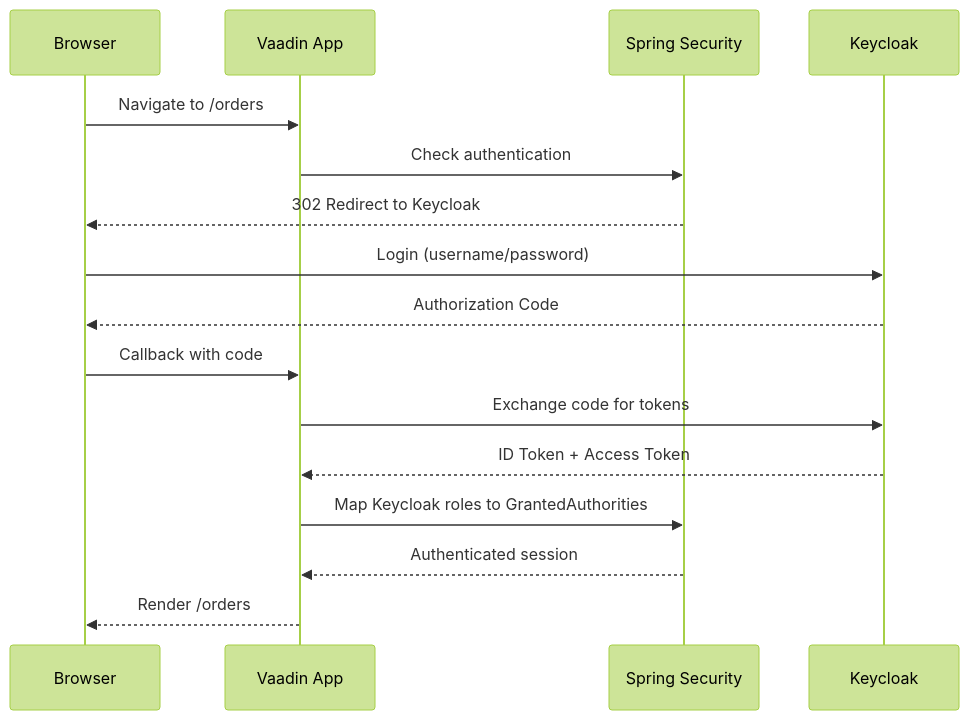
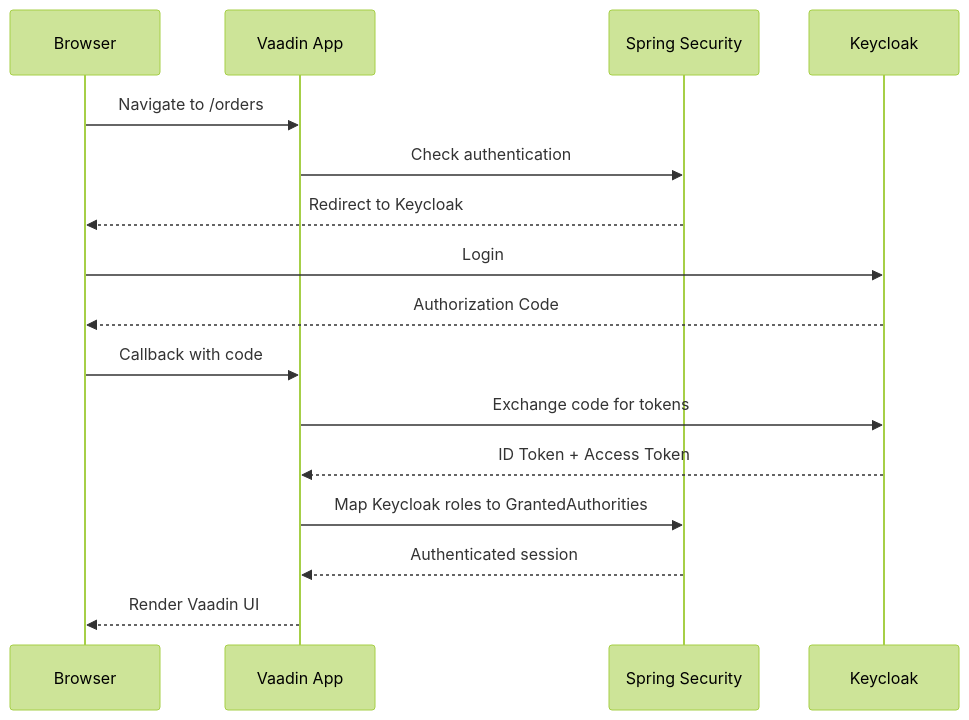
The third of 7 diagrams in docs/ARCHITECTURE.md (kron12345/railway-order-mgmt), drawn with Mermaid (forest theme) before and after one commit. The commit also changed other lines of this file and 45 other files, not shown here.

Commit message:
Add timetable builder and document order position flows

````diff
--- a/docs/ARCHITECTURE.md
+++ b/docs/ARCHITECTURE.md
@@ -56,19 +58,19 @@
 ```mermaid
 sequenceDiagram
     participant B as Browser
     participant V as Vaadin App
     participant S as Spring Security
     participant K as Keycloak
 
     B->>V: Navigate to /orders
     V->>S: Check authentication
-    S-->>B: 302 Redirect to Keycloak
-    B->>K: Login (username/password)
+    S-->>B: Redirect to Keycloak
+    B->>K: Login
     K-->>B: Authorization Code
     B->>V: Callback with code
     V->>K: Exchange code for tokens
     K-->>V: ID Token + Access Token
     V->>S: Map Keycloak roles to GrantedAuthorities
     S-->>V: Authenticated session
-    V-->>B: Render /orders
+    V-->>B: Render Vaadin UI
 ```
````
